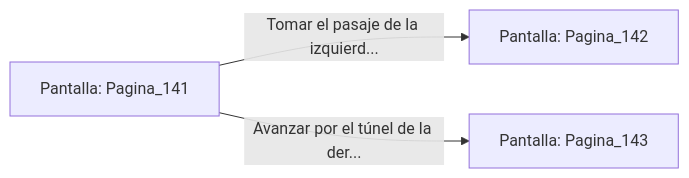
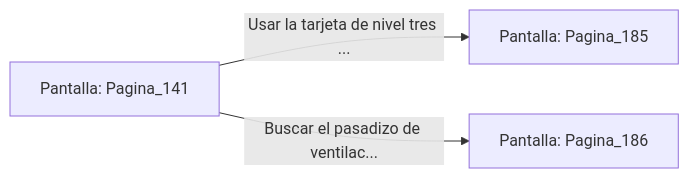
The diagram in sample/eligejuego-vault/Pantalla_Pagina_141.md (metsuke/mpl), drawn with Mermaid before and after one commit. The commit also changed other lines of this file and 635 other files, not shown here.

First line of the commit message:
fix: añadir Pagina_1 como pantalla inicial en capitulo_01.mpl

````diff
--- a/sample/eligejuego-vault/Pantalla_Pagina_141.md
+++ b/sample/eligejuego-vault/Pantalla_Pagina_141.md
@@ -20,6 +24,6 @@
 ```mermaid
 graph LR
     P_Pagina_141["Pantalla: Pagina_141"]
-    P_Pagina_141 -->|"Tomar el pasaje de la izquierd..."| P_Pagina_142["Pantalla: Pagina_142"]
-    P_Pagina_141 -->|"Avanzar por el túnel de la der..."| P_Pagina_143["Pantalla: Pagina_143"]
+    P_Pagina_141 -->|"Usar la tarjeta de nivel tres ..."| P_Pagina_185["Pantalla: Pagina_185"]
+    P_Pagina_141 -->|"Buscar el pasadizo de ventilac..."| P_Pagina_186["Pantalla: Pagina_186"]
 ```
````
